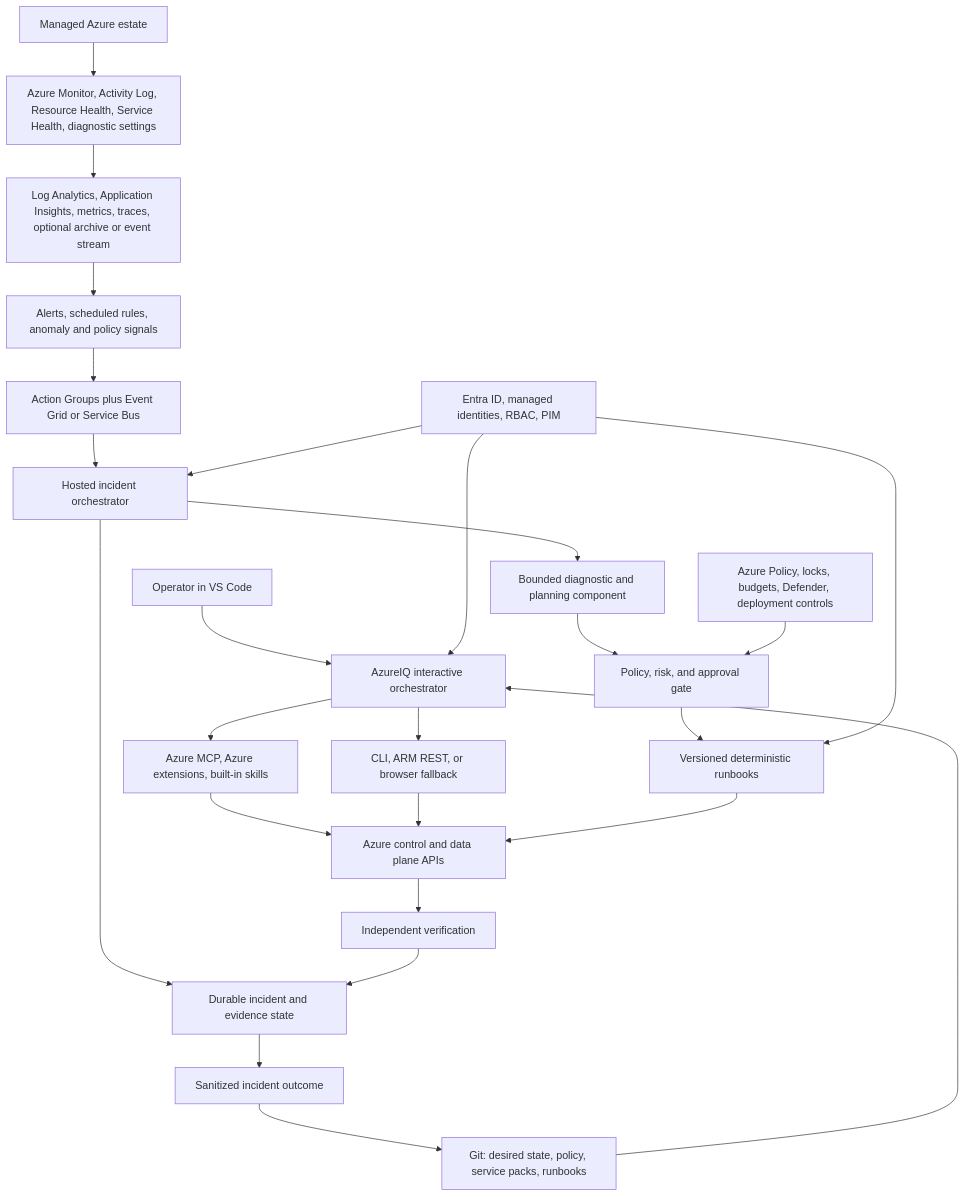
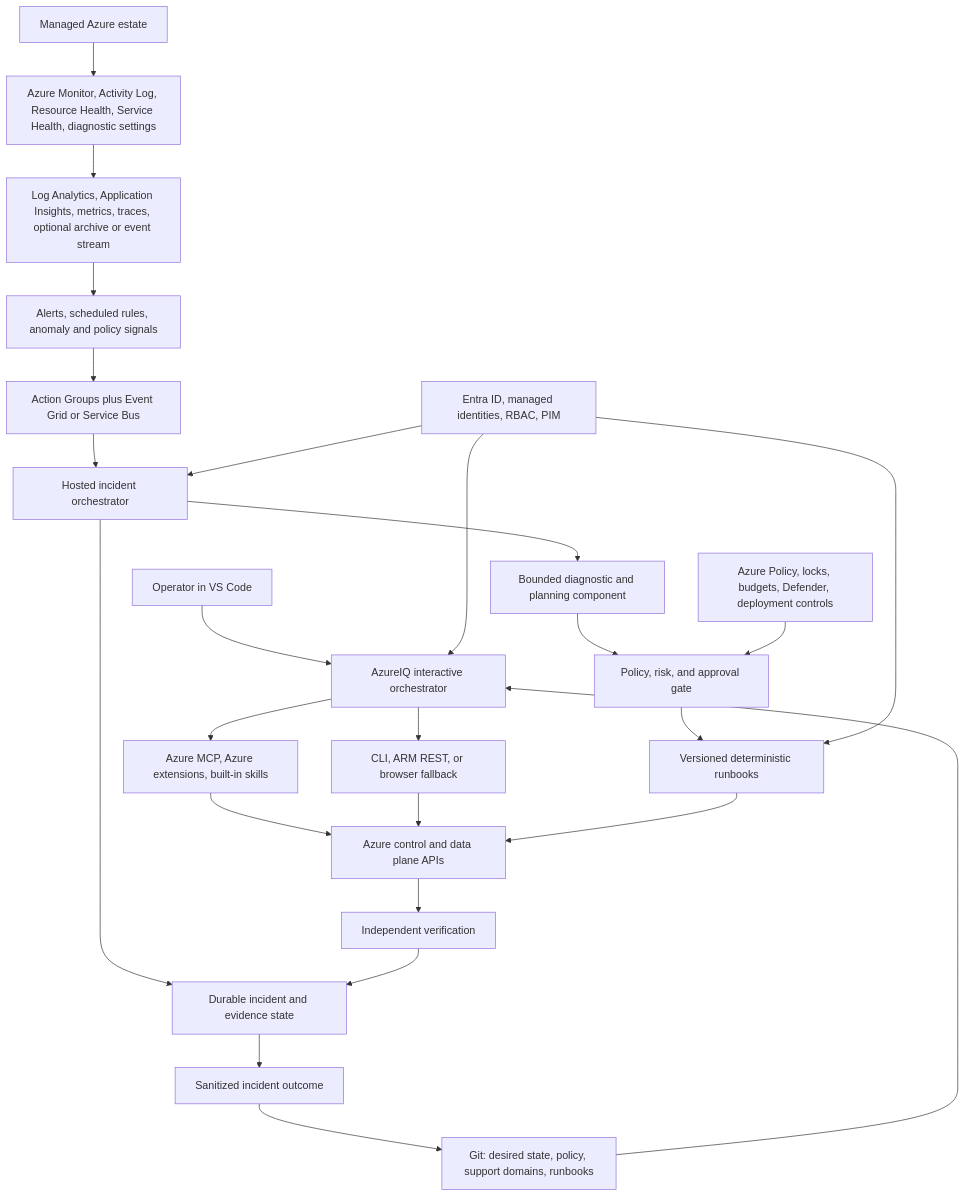
One commit to kkfrosty/AzureIQ changed the diagram in docs/architecture.md. Above: the diagram before and after it, drawn with Mermaid. The commit also changed other lines of this file and 56 other files, not shown here.

First line of the commit message:
Expand AzureIQ support domains and AI gateway case study

````diff
--- a/docs/architecture.md
+++ b/docs/architecture.md
@@ -20,29 +20,29 @@
 ```mermaid
 flowchart TB
     Operator[Operator in VS Code] --> Interactive[AzureIQ interactive orchestrator]
-    Repo[Git: desired state, policy, service packs, runbooks] --> Interactive
+    Repo[Git: desired state, policy, support domains, runbooks] --> Interactive
     Interactive --> Existing[Azure MCP, Azure extensions, built-in skills]
     Interactive --> Fallback[CLI, ARM REST, or browser fallback]
     Existing --> AzureAPI[Azure control and data plane APIs]
     Fallback --> AzureAPI
 
     Azure[Managed Azure estate] --> Signals[Azure Monitor, Activity Log, Resource Health, Service Health, diagnostic settings]
     Signals --> Telemetry[Log Analytics, Application Insights, metrics, traces, optional archive or event stream]
     Telemetry --> Detection[Alerts, scheduled rules, anomaly and policy signals]
     Detection --> Bus[Action Groups plus Event Grid or Service Bus]
     Bus --> Runtime[Hosted incident orchestrator]
     Runtime --> Evidence[Durable incident and evidence state]
     Runtime --> Reasoning[Bounded diagnostic and planning component]
     Reasoning --> Gate[Policy, risk, and approval gate]
     Gate --> Actions[Versioned deterministic runbooks]
     Actions --> AzureAPI
     AzureAPI --> Verify[Independent verification]
     Verify --> Evidence
     Evidence --> Learning[Sanitized incident outcome]
     Learning --> Repo
 
     Identity[Entra ID, managed identities, RBAC, PIM] --> Interactive
     Identity --> Runtime
     Identity --> Actions
     Governance[Azure Policy, locks, budgets, Defender, deployment controls] --> Gate
 ```
````
